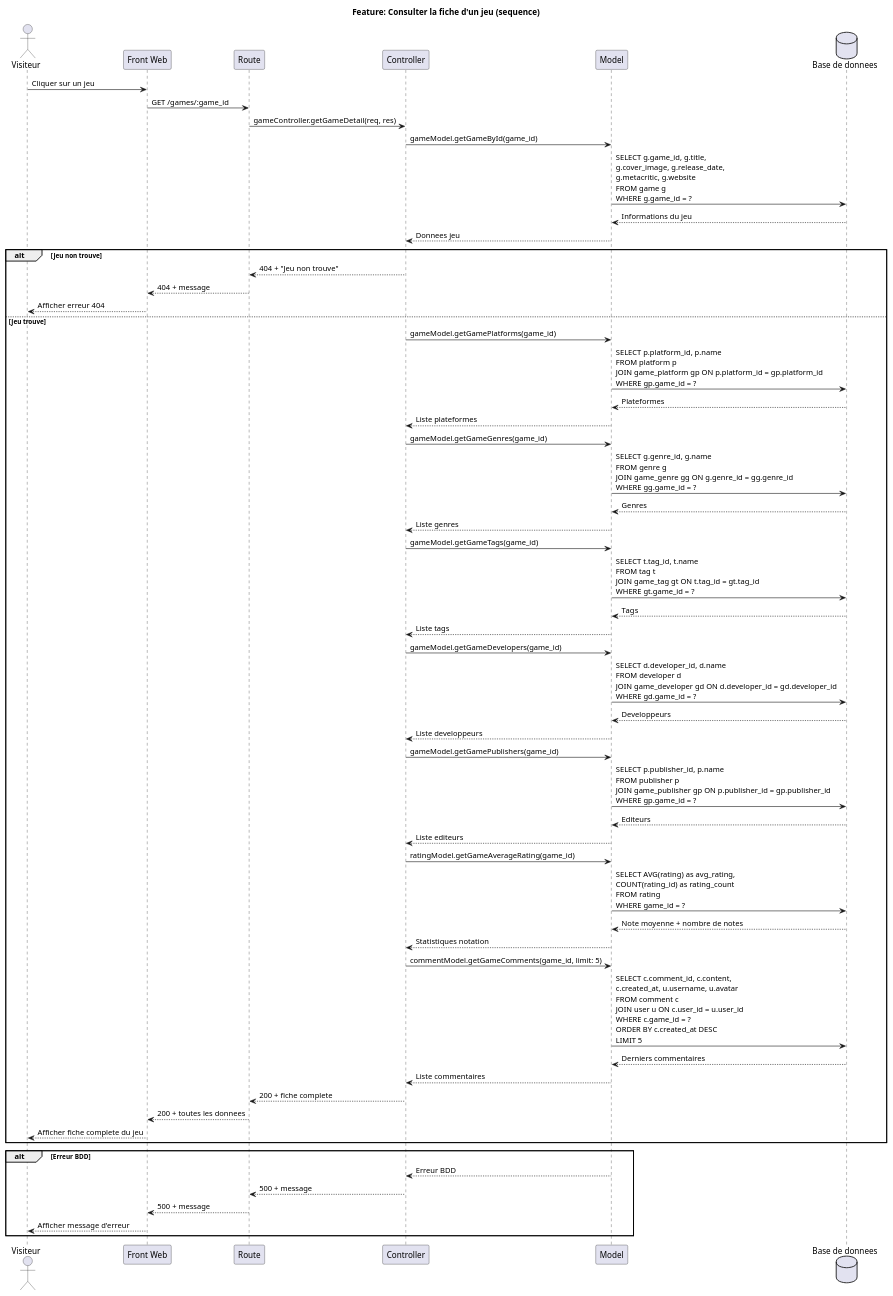
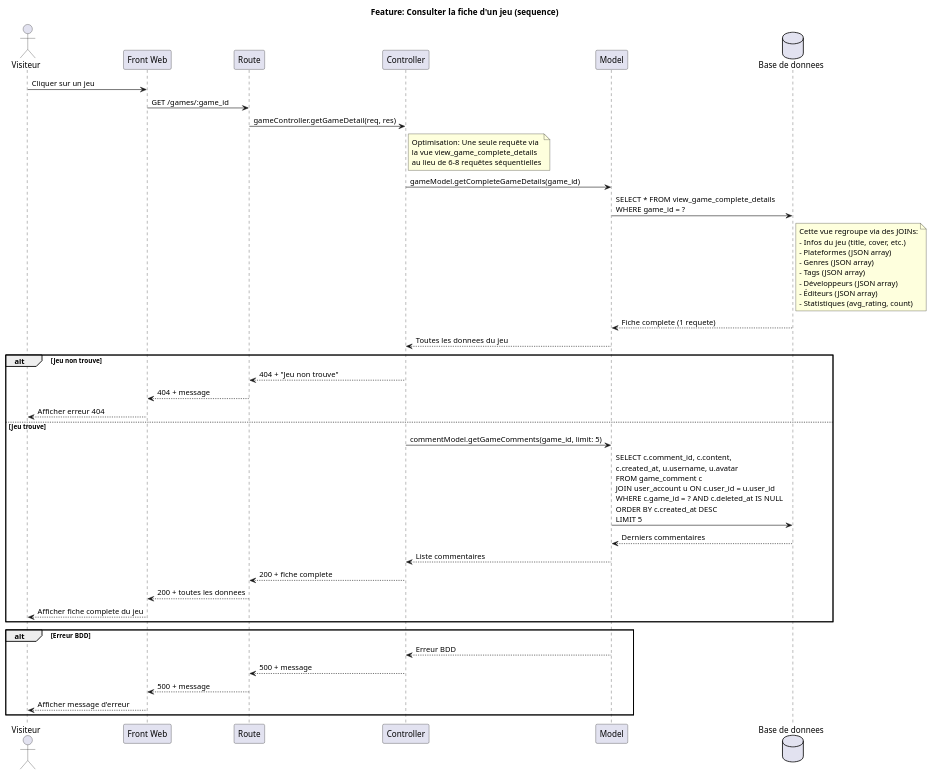
Before and after one commit to Zodiarche/MyGameList: the diagram in uml/sequence/view-game-detail.puml, drawn with PlantUML. The commit also changed 2 other files, not shown here.

Commit message:
Correction d'une requête séquentielle N+1 pour la récupération des données d'un jeu pour sa fiche

```diff
--- a/uml/sequence/view-game-detail.puml
+++ b/uml/sequence/view-game-detail.puml
@@ -1,69 +1,56 @@
 @startuml Feature_ConsulterFicheJeu_Sequence
 title Feature: Consulter la fiche d'un jeu (sequence)
 actor Visiteur
 participant "Front Web" as Front
 participant "Route" as Route
 participant "Controller" as Controller
 participant "Model" as Model
 database "Base de donnees" as BDD
 
 Visiteur -> Front: Cliquer sur un jeu
 Front -> Route: GET /games/:game_id
 Route -> Controller: gameController.getGameDetail(req, res)
-Controller -> Model: gameModel.getGameById(game_id)
-Model -> BDD: SELECT g.game_id, g.title,\ng.cover_image, g.release_date,\ng.metacritic, g.website\nFROM game g\nWHERE g.game_id = ?
-BDD --> Model: Informations du jeu
-Model --> Controller: Donnees jeu
+
+note right of Controller
+  Optimisation: Une seule requête via
+  la vue view_game_complete_details
+  au lieu de 6-8 requêtes séquentielles
+end note
+
+Controller -> Model: gameModel.getCompleteGameDetails(game_id)
+Model -> BDD: SELECT * FROM view_game_complete_details\nWHERE game_id = ?
+note right of BDD
+  Cette vue regroupe via des JOINs:
+  - Infos du jeu (title, cover, etc.)
+  - Plateformes (JSON array)
+  - Genres (JSON array)
+  - Tags (JSON array)
+  - Développeurs (JSON array)
+  - Éditeurs (JSON array)
+  - Statistiques (avg_rating, count)
+end note
+BDD --> Model: Fiche complete (1 requete)
+Model --> Controller: Toutes les donnees du jeu
 
 alt Jeu non trouve
 Controller --> Route: 404 + "Jeu non trouve"
 Route --> Front: 404 + message
 Front --> Visiteur: Afficher erreur 404
 else Jeu trouve
-Controller -> Model: gameModel.getGamePlatforms(game_id)
-Model -> BDD: SELECT p.platform_id, p.name\nFROM platform p\nJOIN game_platform gp ON p.platform_id = gp.platform_id\nWHERE gp.game_id = ?
-BDD --> Model: Plateformes
-Model --> Controller: Liste plateformes
-
-Controller -> Model: gameModel.getGameGenres(game_id)
-Model -> BDD: SELECT g.genre_id, g.name\nFROM genre g\nJOIN game_genre gg ON g.genre_id = gg.genre_id\nWHERE gg.game_id = ?
-BDD --> Model: Genres
-Model --> Controller: Liste genres
-
-Controller -> Model: gameModel.getGameTags(game_id)
-Model -> BDD: SELECT t.tag_id, t.name\nFROM tag t\nJOIN game_tag gt ON t.tag_id = gt.tag_id\nWHERE gt.game_id = ?
-BDD --> Model: Tags
-Model --> Controller: Liste tags
-
-Controller -> Model: gameModel.getGameDevelopers(game_id)
-Model -> BDD: SELECT d.developer_id, d.name\nFROM developer d\nJOIN game_developer gd ON d.developer_id = gd.developer_id\nWHERE gd.game_id = ?
-BDD --> Model: Developpeurs
-Model --> Controller: Liste developpeurs
-
-Controller -> Model: gameModel.getGamePublishers(game_id)
-Model -> BDD: SELECT p.publisher_id, p.name\nFROM publisher p\nJOIN game_publisher gp ON p.publisher_id = gp.publisher_id\nWHERE gp.game_id = ?
-BDD --> Model: Editeurs
-Model --> Controller: Liste editeurs
-
-Controller -> Model: ratingModel.getGameAverageRating(game_id)
-Model -> BDD: SELECT AVG(rating) as avg_rating,\nCOUNT(rating_id) as rating_count\nFROM rating\nWHERE game_id = ?
-BDD --> Model: Note moyenne + nombre de notes
-Model --> Controller: Statistiques notation
-
 Controller -> Model: commentModel.getGameComments(game_id, limit: 5)
-Model -> BDD: SELECT c.comment_id, c.content,\nc.created_at, u.username, u.avatar\nFROM comment c\nJOIN user u ON c.user_id = u.user_id\nWHERE c.game_id = ?\nORDER BY c.created_at DESC\nLIMIT 5
+Model -> BDD: SELECT c.comment_id, c.content,\nc.created_at, u.username, u.avatar\nFROM game_comment c\nJOIN user_account u ON c.user_id = u.user_id\nWHERE c.game_id = ? AND c.deleted_at IS NULL\nORDER BY c.created_at DESC\nLIMIT 5
 BDD --> Model: Derniers commentaires
 Model --> Controller: Liste commentaires
 
 Controller --> Route: 200 + fiche complete
 Route --> Front: 200 + toutes les donnees
 Front --> Visiteur: Afficher fiche complete du jeu
 end
 
 alt Erreur BDD
 Model --> Controller: Erreur BDD
 Controller --> Route: 500 + message
 Route --> Front: 500 + message
 Front --> Visiteur: Afficher message d'erreur
 end
 @enduml
```
